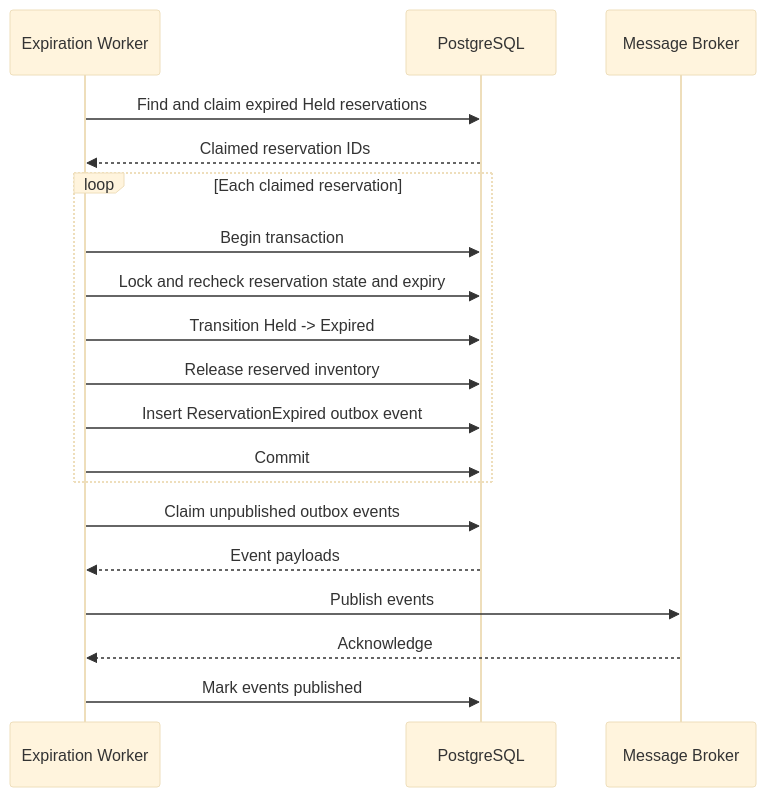
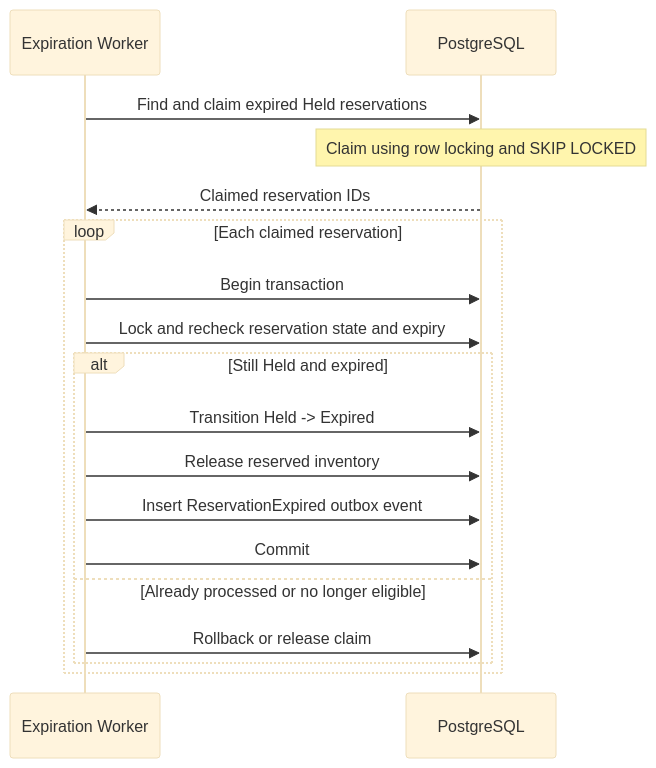
The sixth of 9 diagrams in docs/sequence-diagrams.md (Punith1117/ticket-forge), drawn with Mermaid (base theme) before and after one commit. The commit also changed other lines of this file and 14 other files, not shown here.

````diff
--- a/docs/sequence-diagrams.md
+++ b/docs/sequence-diagrams.md
@@ -150,26 +304,24 @@
 ```mermaid
 sequenceDiagram
     participant W as Expiration Worker
     participant DB as PostgreSQL
-    participant B as Message Broker
 
     W->>DB: Find and claim expired Held reservations
+    Note over DB: Claim using row locking and SKIP LOCKED
     DB-->>W: Claimed reservation IDs
 
     loop Each claimed reservation
         W->>DB: Begin transaction
         W->>DB: Lock and recheck reservation state and expiry
-        W->>DB: Transition Held -> Expired
-        W->>DB: Release reserved inventory
-        W->>DB: Insert ReservationExpired outbox event
-        W->>DB: Commit
+
+        alt Still Held and expired
+            W->>DB: Transition Held -> Expired
+            W->>DB: Release reserved inventory
+            W->>DB: Insert ReservationExpired outbox event
+            W->>DB: Commit
+
+        else Already processed or no longer eligible
+            W->>DB: Rollback or release claim
+        end
     end
-
-    W->>DB: Claim unpublished outbox events
-    DB-->>W: Event payloads
-
-    W->>B: Publish events
-    B-->>W: Acknowledge
-
-    W->>DB: Mark events published
 ```
````
